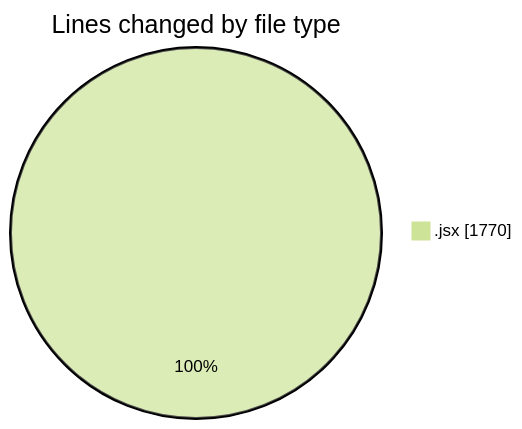
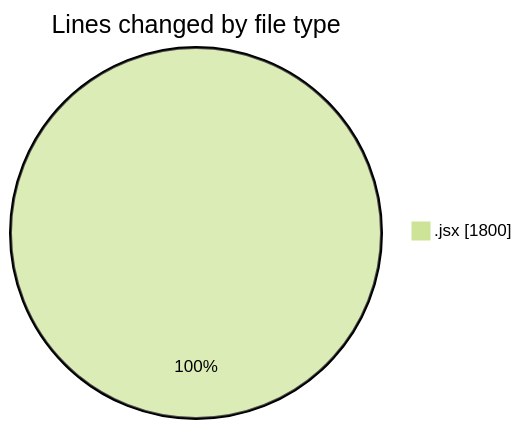
One commit to nxtqubesakshisongat/code-tracking changed the first of 2 diagrams in 2025-08-22/nxtqube_webapp/README.md. Above: the diagram before and after it, drawn with Mermaid (forest theme). The commit also changed other lines of this file and 1 other file, not shown here.

````diff
--- a/2025-08-22/nxtqube_webapp/README.md
+++ b/2025-08-22/nxtqube_webapp/README.md
@@ -20,5 +20,5 @@
 ```mermaid
 pie showData
 title Lines changed by file type
-".jsx" : 1770
+".jsx" : 1800
 ```
````
